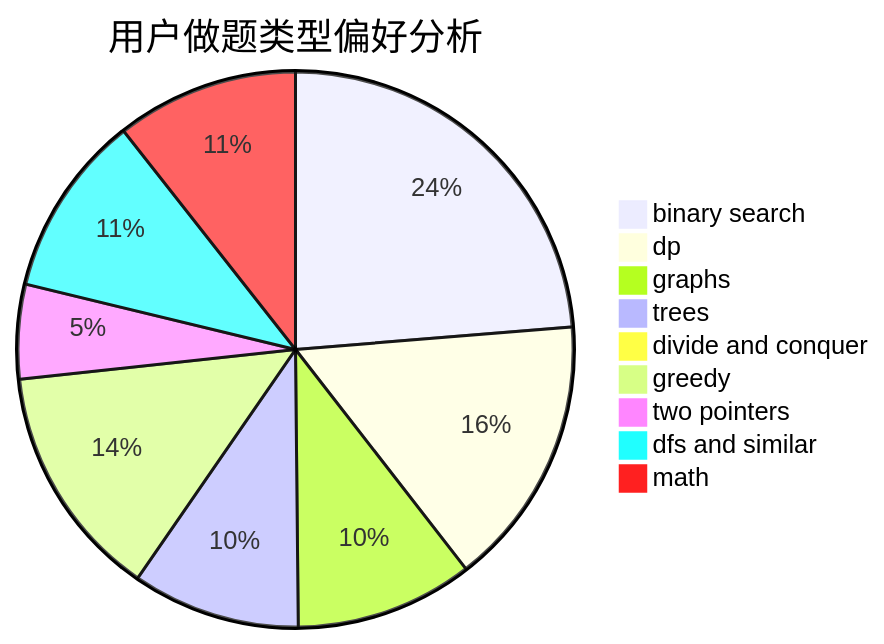
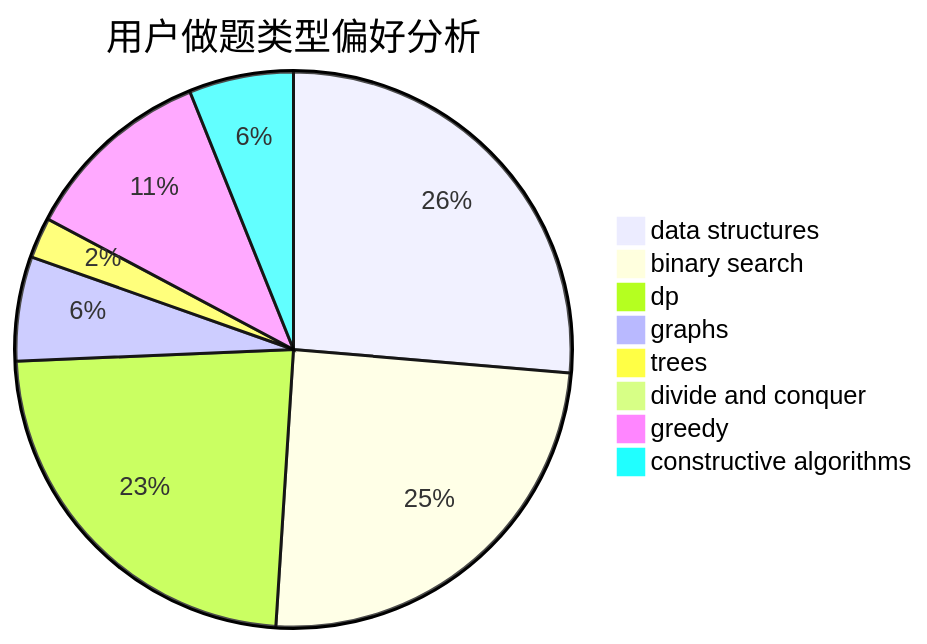
Before and after one commit to sherpahu/cfrs.github.io: the second of 3 diagrams in docs/user/u918.md, drawn with Mermaid. The commit also changed other lines of this file and 2775 other files, not shown here.

````diff
--- a/docs/user/u918.md
+++ b/docs/user/u918.md
@@ -23,12 +23,11 @@
 ```mermaid
 pie title 用户做题类型偏好分析
-    "binary search" :  371
-    "dp" :  247
-    "graphs" :  162
-    "trees" :  153
+    "data structures" :  78
+    "binary search" :  73
+    "dp" :  69
+    "graphs" :  18
+    "trees" :  7
     "divide and conquer" :  0
-    "greedy" :  214
-    "two pointers" :  86
-    "dfs and similar" :  166
-    "math" :  166
+    "greedy" :  33
+    "constructive algorithms" :  18
 ```
````
